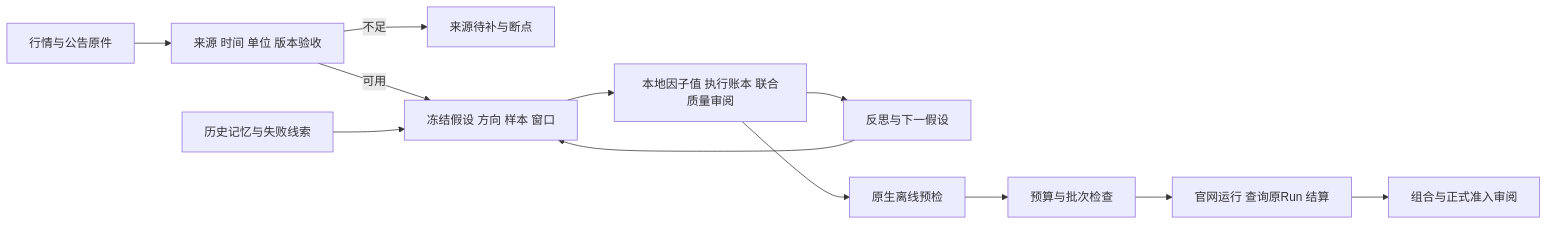
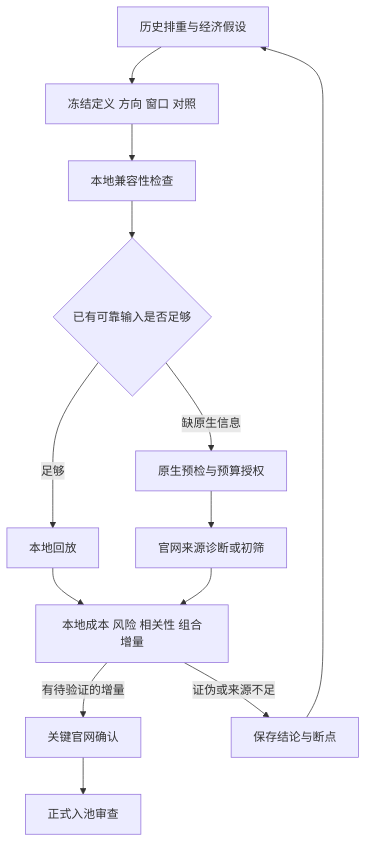
One commit to Yanxxzz/QUANTAXIS changed the diagram in README.md. Above: the diagram before and after it, drawn with Mermaid. The commit also changed other lines of this file and 1 other file, not shown here.

````diff
--- a/README.md
+++ b/README.md
@@ -98,14 +18,15 @@
 ```mermaid
-flowchart LR
-    S[行情与公告原件] --> D[来源 时间 单位 版本验收]
-    D -->|不足| P[来源待补与断点]
-    D -->|可用| F[冻结假设 方向 样本 窗口]
-    M[历史记忆与失败线索] --> F
-    F --> L[本地因子值 执行账本 联合质量审阅]
-    L --> R[反思与下一假设]
-    R --> F
-    L --> N[原生离线预检]
-    N --> B[预算与批次检查]
-    B --> O[官网运行 查询原Run 结算]
-    O --> A[组合与正式准入审阅]
+flowchart TD
+    H[历史排重与经济假设] --> F[冻结定义 方向 窗口 对照]
+    F --> C[本地兼容性检查]
+    C --> D{已有可靠输入是否足够}
+    D -->|足够| L[本地回放]
+    D -->|缺原生信息| B[原生预检与预算授权]
+    B --> O[官网来源诊断或初筛]
+    L --> R[本地成本 风险 相关性 组合增量]
+    O --> R
+    R -->|有待验证的增量| K[关键官网确认]
+    K --> A[正式入池审查]
+    R -->|证伪或来源不足| M[保存结论与断点]
+    M --> H
 ```
````
